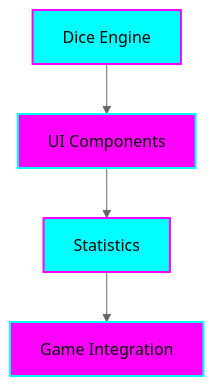
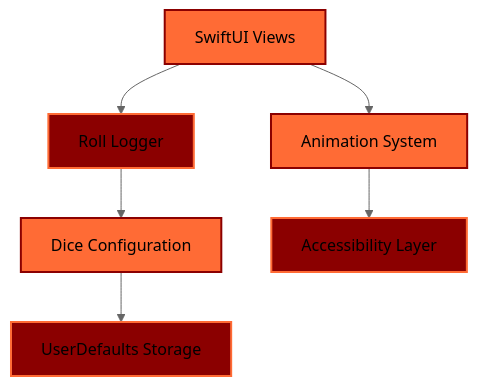
The diagram in README.md (tiation/DiceRollerSimulator), drawn with Mermaid (neutral theme) before and after one commit. The commit also changed other lines of this file and 5 other files, not shown here.

````diff
--- a/README.md
+++ b/README.md
@@ -47,11 +48,15 @@
 ```mermaid
 graph TB
-    A[Dice Engine] --> B[UI Components]
-    B --> C[Statistics]
-    C --> D[Game Integration]
+    A[SwiftUI Views] --> B[Roll Logger]
+    B --> C[Dice Configuration]
+    C --> D[UserDefaults Storage]
+    A --> E[Animation System]
+    E --> F[Accessibility Layer]
     
-    style A fill:#00ffff,stroke:#ff00ff,stroke-width:2px
-    style B fill:#ff00ff,stroke:#00ffff,stroke-width:2px
-    style C fill:#00ffff,stroke:#ff00ff,stroke-width:2px
-    style D fill:#ff00ff,stroke:#00ffff,stroke-width:2px
+    style A fill:#FF6B35,stroke:#8B0000,stroke-width:2px
+    style B fill:#8B0000,stroke:#FF6B35,stroke-width:2px
+    style C fill:#FF6B35,stroke:#8B0000,stroke-width:2px
+    style D fill:#8B0000,stroke:#FF6B35,stroke-width:2px
+    style E fill:#FF6B35,stroke:#8B0000,stroke-width:2px
+    style F fill:#8B0000,stroke:#FF6B35,stroke-width:2px
 ```
````
